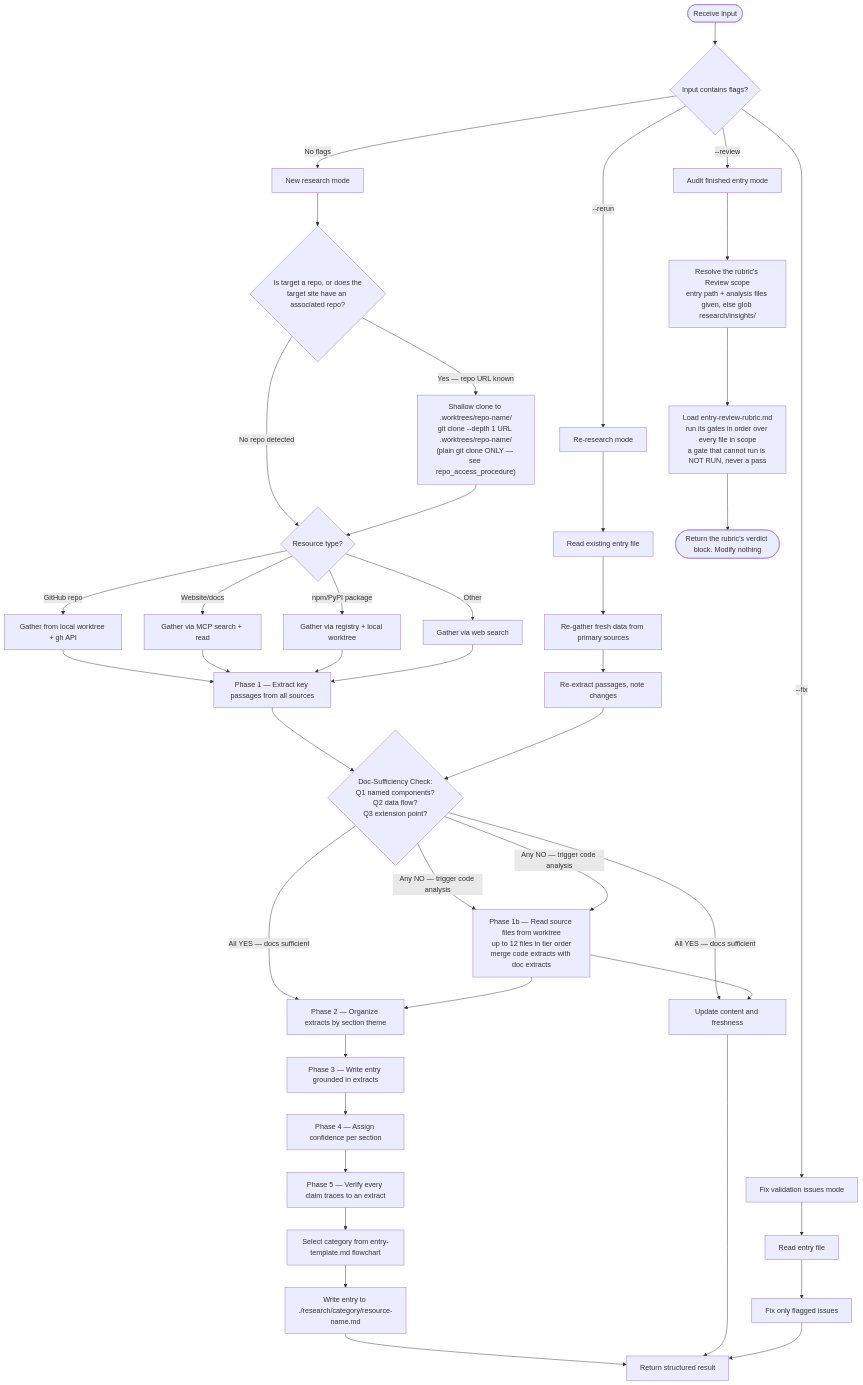
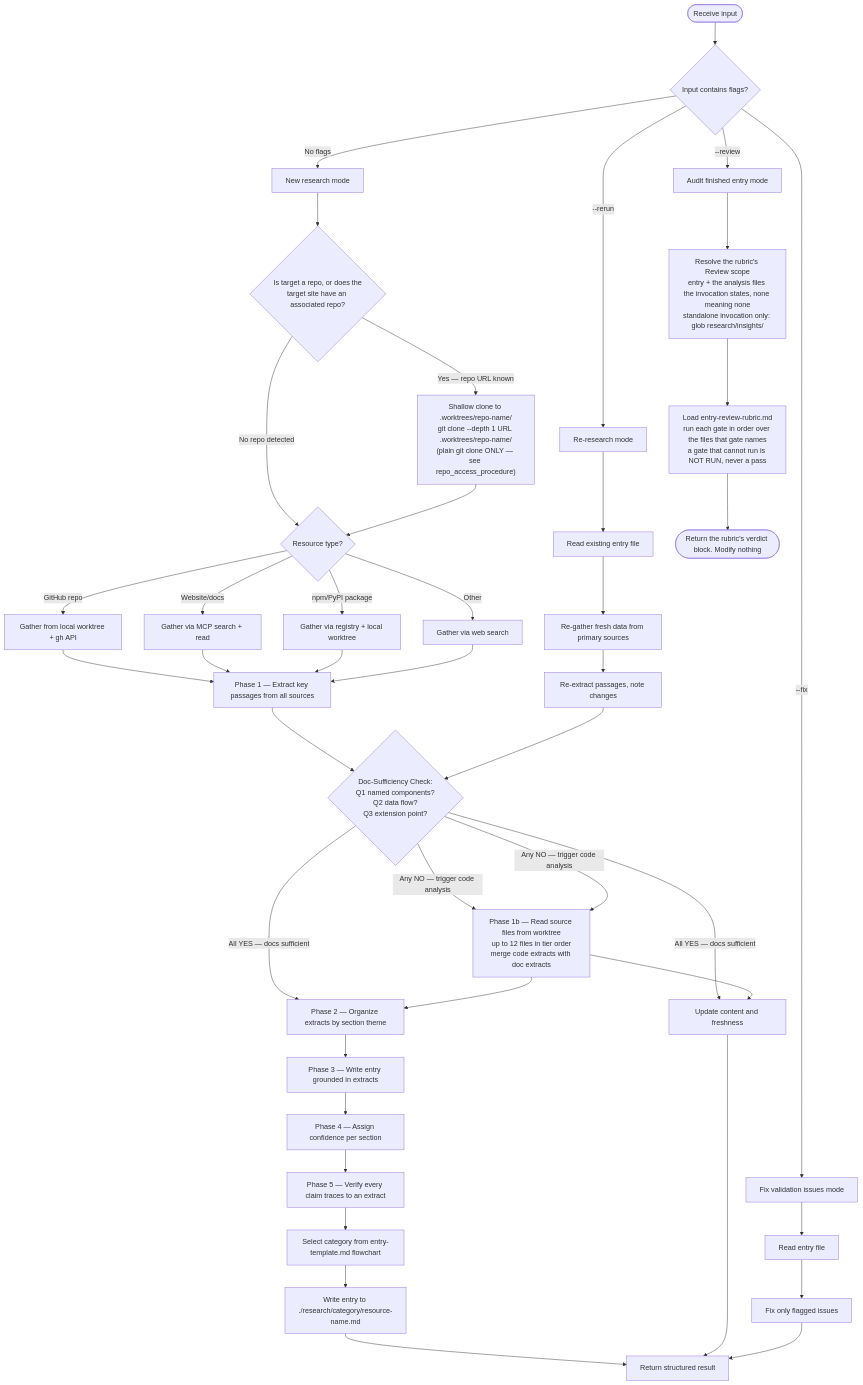
One commit to Jamie-BitFlight/claude_skills changed the first of 2 diagrams in .claude/agents/research-curator.md. Above: the diagram before and after it, drawn with Mermaid. The commit also changed other lines of this file and 1 other file, not shown here.

First line of the commit message:
fix(research-curator): root-relative rubric link, per-gate file scope, none sentinel

````diff
--- a/.claude/agents/research-curator.md
+++ b/.claude/agents/research-curator.md
@@ -24,51 +24,51 @@
 ```mermaid
 flowchart TD
     Start([Receive input]) --> CheckFlags{Input contains flags?}
     CheckFlags -->|--rerun| Rerun[Re-research mode]
     CheckFlags -->|--fix| Fix[Fix validation issues mode]
     CheckFlags -->|--review| Review[Audit finished entry mode]
     CheckFlags -->|No flags| New[New research mode]
 
     New --> DetectRepo{Is target a repo, or does the<br>target site have an associated repo?}
     DetectRepo -->|"Yes — repo URL known"| Clone["Shallow clone to .worktrees/repo-name/<br>git clone --depth 1 URL .worktrees/repo-name/<br>(plain git clone ONLY — see repo_access_procedure)"]
     DetectRepo -->|"No repo detected"| Identify{Resource type?}
     Clone --> Identify{Resource type?}
 
     Identify -->|GitHub repo| GH[Gather from local worktree + gh API]
     Identify -->|Website/docs| Web[Gather via MCP search + read]
     Identify -->|npm/PyPI package| Pkg[Gather via registry + local worktree]
     Identify -->|Other| Other[Gather via web search]
 
     GH --> Extract[Phase 1 — Extract key passages from all sources]
     Web --> Extract
     Pkg --> Extract
     Other --> Extract
 
     Extract --> DocCheck{Doc-Sufficiency Check:<br>Q1 named components?<br>Q2 data flow?<br>Q3 extension point?}
     DocCheck -->|"All YES — docs sufficient"| Organize[Phase 2 — Organize extracts by section theme]
     DocCheck -->|"Any NO — trigger code analysis"| Phase1b[Phase 1b — Read source files from worktree<br>up to 12 files in tier order<br>merge code extracts with doc extracts]
     Phase1b --> Organize
     Organize --> Write[Phase 3 — Write entry grounded in extracts]
     Write --> Confidence[Phase 4 — Assign confidence per section]
     Confidence --> Validate[Phase 5 — Verify every claim traces to an extract]
     Validate --> SelectCat[Select category from entry-template.md flowchart]
     SelectCat --> WriteFile[Write entry to ./research/category/resource-name.md]
     WriteFile --> Return[Return structured result]
 
     Rerun --> ReadExisting[Read existing entry file]
     ReadExisting --> ReGather[Re-gather fresh data from primary sources]
     ReGather --> ReExtract[Re-extract passages, note changes]
     ReExtract --> DocCheck
     DocCheck -->|"All YES — docs sufficient"| UpdateEntry[Update content and freshness]
     DocCheck -->|"Any NO — trigger code analysis"| Phase1b
     Phase1b --> UpdateEntry
     UpdateEntry --> Return
 
     Fix --> ReadEntry[Read entry file]
     ReadEntry --> FixIssues[Fix only flagged issues]
     FixIssues --> Return
 
-    Review --> Scope["Resolve the rubric's Review scope<br>entry path + analysis files given, else glob research/insights/"]
-    Scope --> LoadRubric["Load entry-review-rubric.md<br>run its gates in order over every file in scope<br>a gate that cannot run is NOT RUN, never a pass"]
+    Review --> Scope["Resolve the rubric's Review scope<br>entry + the analysis files the invocation states, none meaning none<br>standalone invocation only: glob research/insights/"]
+    Scope --> LoadRubric["Load entry-review-rubric.md<br>run each gate in order over the files that gate names<br>a gate that cannot run is NOT RUN, never a pass"]
     LoadRubric --> Verdict(["Return the rubric's verdict block. Modify nothing"])
 ```
````
